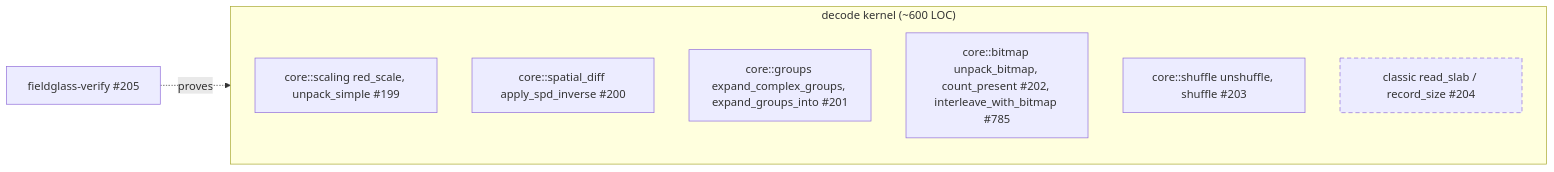
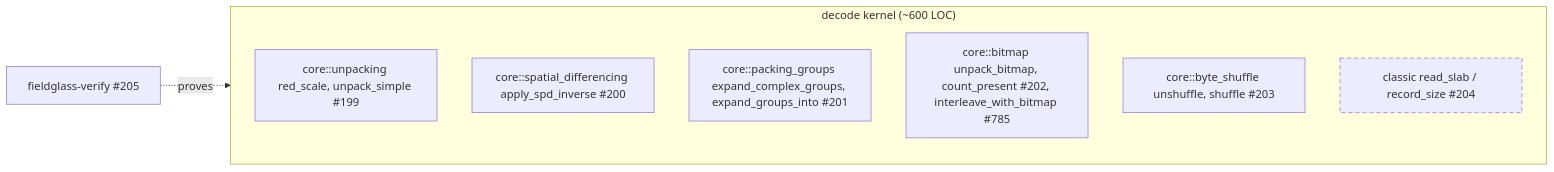
One commit to D0ubleD0uble/fieldglass changed the sixth of 6 diagrams in docs/architecture/planned/02-trait-seams.md. Above: the diagram before and after it, drawn with Mermaid. The commit also changed 47 other files, not shown here.

````diff
--- a/docs/architecture/planned/02-trait-seams.md
+++ b/docs/architecture/planned/02-trait-seams.md
@@ -448,14 +448,14 @@
 ```mermaid
 flowchart LR
     subgraph kernel["decode kernel (~600 LOC)"]
-        t1a["core::scaling red_scale, unpack_simple #199"]
-        t1b["core::spatial_diff apply_spd_inverse #200"]
-        t1c["core::groups expand_complex_groups, expand_groups_into #201"]
+        t1a["core::unpacking red_scale, unpack_simple #199"]
+        t1b["core::spatial_differencing apply_spd_inverse #200"]
+        t1c["core::packing_groups expand_complex_groups, expand_groups_into #201"]
         t2a["core::bitmap unpack_bitmap, count_present #202, interleave_with_bitmap #785"]
-        t2b["core::shuffle unshuffle, shuffle #203"]
+        t2b["core::byte_shuffle unshuffle, shuffle #203"]
         t3["classic read_slab / record_size #204"]
     end
     verify["fieldglass-verify #205"] -. proves .-> kernel
     classDef planned stroke-dasharray: 6 4
     class t3 planned
 ```
````
